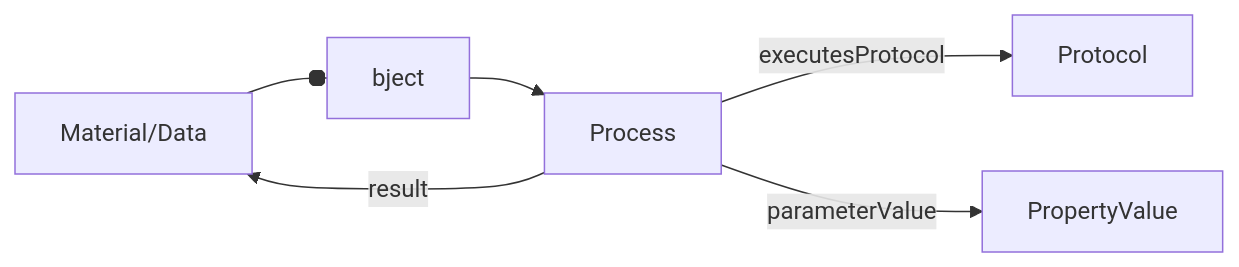
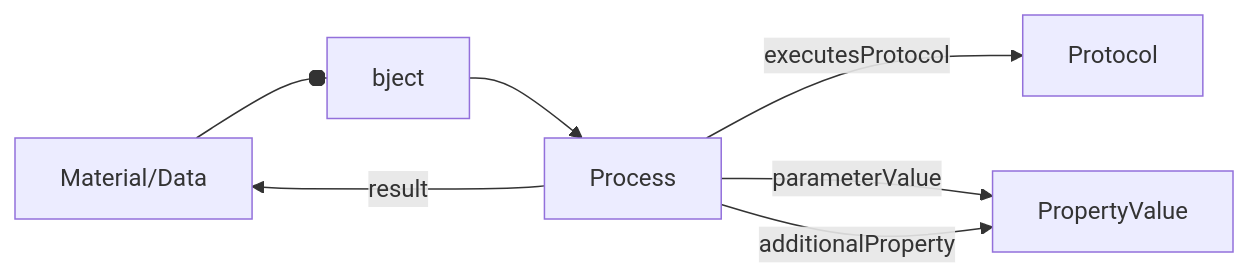
One commit to HLWeil/ProcessCore changed the diagram in spec/core/Process.md. Above: the diagram before and after it, drawn with Mermaid. The commit also changed other lines of this file and 17 other files, not shown here.

````diff
--- a/spec/core/Process.md
+++ b/spec/core/Process.md
@@ -27,7 +28,8 @@
 ```mermaid
 flowchart LR
     Material/Data --object--> Process
     Process --result--> Material/Data
     Process --executesProtocol--> Protocol
     Process --parameterValue--> PropertyValue
+    Process --additionalProperty--> PropertyValue
 ```
````
